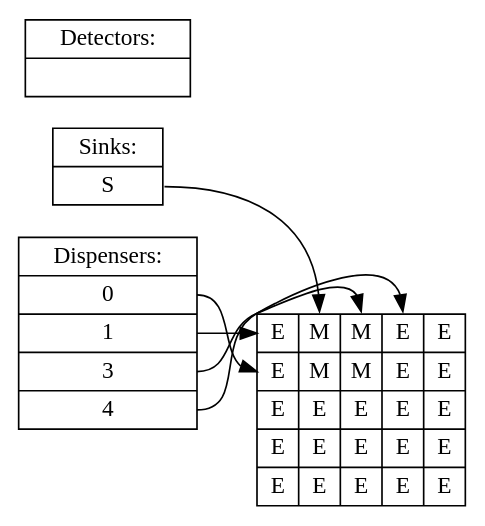
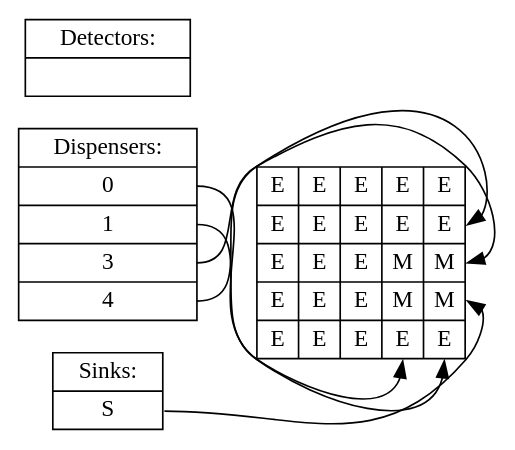
The diagram in solutions/Simple_Mix2/time7.dot (jiegec/OnePassSynthesisDMFB), drawn with Graphviz before and after one commit. The commit also changed 32 other files, not shown here.

```diff
--- a/solutions/Simple_Mix2/time7.dot
+++ b/solutions/Simple_Mix2/time7.dot
@@ -1,11 +1,11 @@
 digraph step {rankdir=LR;node [shape=record,fontname="Inconsolata"];
-dispenser [label="Dispensers:|<d18>0|<d19>1|<d2>3|<d3>4"];
-sink [label="Sinks:|<s1>S"];
+dispenser [label="Dispensers:|<d9>0|<d11>1|<d7>3|<d6>4"];
+sink [label="Sinks:|<s8>S"];
 detector [label="Detectors:|"];
-board [label="{<f00>E|<f01>M|<f02>M|<f03>E|<f04>E}|{<f10>E|<f11>M|<f12>M|<f13>E|<f14>E}|{<f20>E|<f21>E|<f22>E|<f23>E|<f24>E}|{<f30>E|<f31>E|<f32>E|<f33>E|<f34>E}|{<f40>E|<f41>E|<f42>E|<f43>E|<f44>E}"];
-dispenser:d18 -> board:f10
-dispenser:d19 -> board:f00
-dispenser:d2 -> board:f02
-dispenser:d3 -> board:f03
-sink:s1 -> board:f01
+board [label="{<f00>E|<f01>E|<f02>E|<f03>E|<f04>E}|{<f10>E|<f11>E|<f12>E|<f13>E|<f14>E}|{<f20>E|<f21>E|<f22>E|<f23>M|<f24>M}|{<f30>E|<f31>E|<f32>E|<f33>M|<f34>M}|{<f40>E|<f41>E|<f42>E|<f43>E|<f44>E}"];
+dispenser:d9 -> board:f44
+dispenser:d11 -> board:f43
+dispenser:d7 -> board:f24
+dispenser:d6 -> board:f14
+sink:s8 -> board:f34
 }
```
